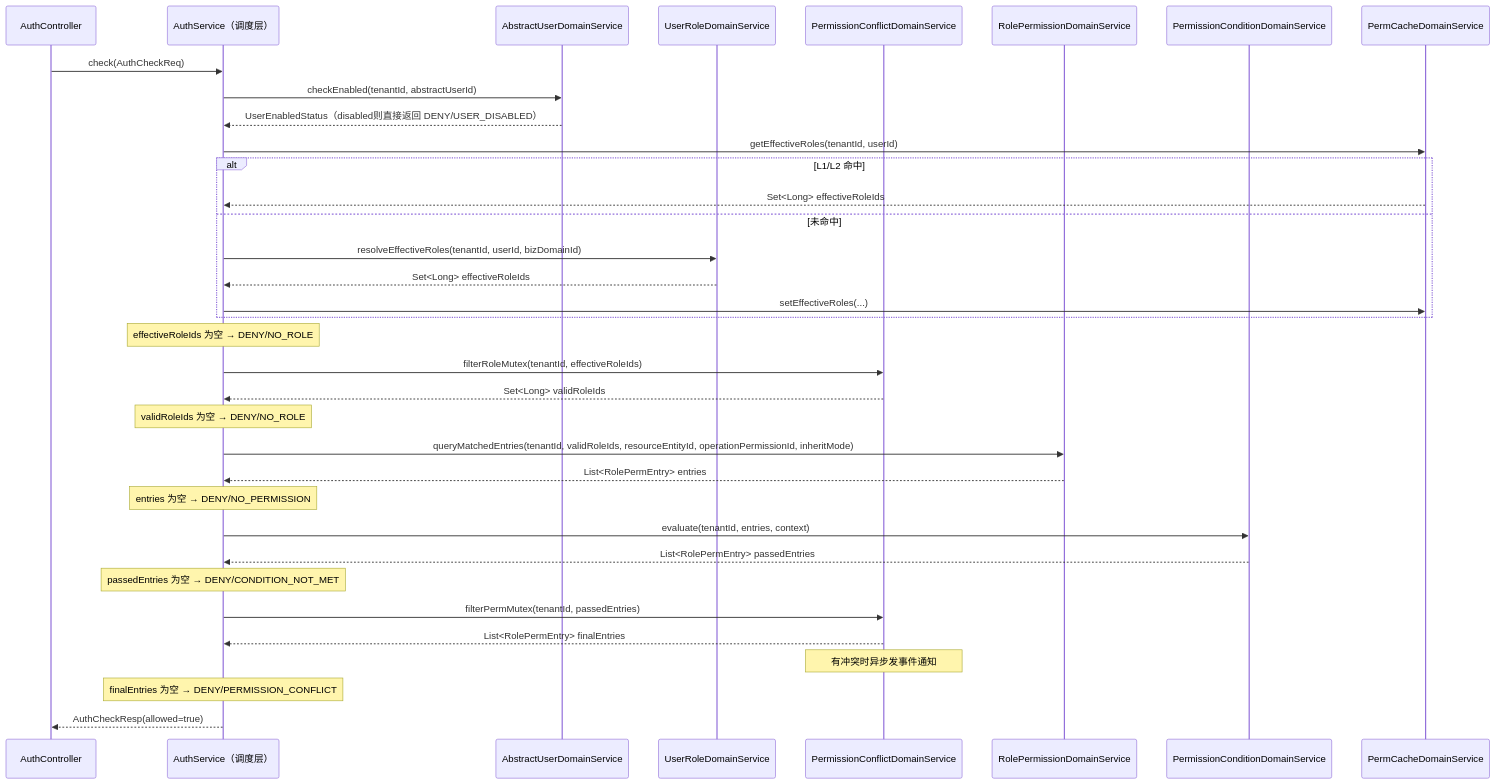
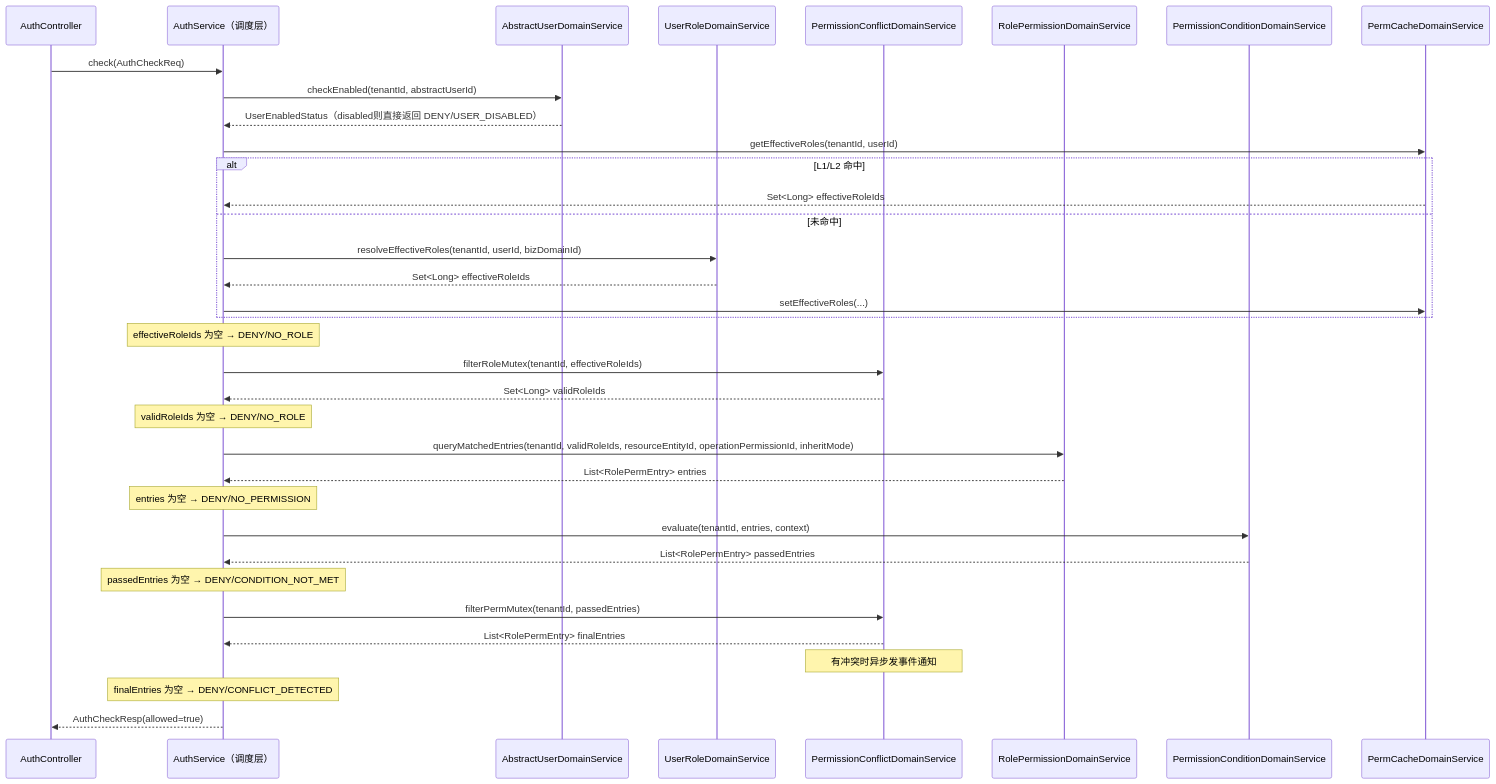
The first of 3 diagrams in plan/permission-center/implementation.md (fage-org/Access-Mesh), drawn with Mermaid before and after one commit. The commit also changed other lines of this file and 8 other files, not shown here.

````diff
--- a/plan/permission-center/implementation.md
+++ b/plan/permission-center/implementation.md
@@ -344,50 +358,50 @@
 ```mermaid
 sequenceDiagram
     participant C as AuthController
     participant AS as AuthService（调度层）
     participant AUD as AbstractUserDomainService
     participant URD as UserRoleDomainService
     participant PCD as PermissionConflictDomainService
     participant RPD as RolePermissionDomainService
     participant COND as PermissionConditionDomainService
     participant CACHE as PermCacheDomainService
 
     C->>AS: check(AuthCheckReq)
 
     AS->>AUD: checkEnabled(tenantId, abstractUserId)
     AUD-->>AS: UserEnabledStatus（disabled则直接返回 DENY/USER_DISABLED）
 
     AS->>CACHE: getEffectiveRoles(tenantId, userId)
     alt L1/L2 命中
         CACHE-->>AS: Set<Long> effectiveRoleIds
     else 未命中
         AS->>URD: resolveEffectiveRoles(tenantId, userId, bizDomainId)
         URD-->>AS: Set<Long> effectiveRoleIds
         AS->>CACHE: setEffectiveRoles(...)
     end
 
     Note over AS: effectiveRoleIds 为空 → DENY/NO_ROLE
 
     AS->>PCD: filterRoleMutex(tenantId, effectiveRoleIds)
     PCD-->>AS: Set<Long> validRoleIds
 
     Note over AS: validRoleIds 为空 → DENY/NO_ROLE
 
     AS->>RPD: queryMatchedEntries(tenantId, validRoleIds, resourceEntityId, operationPermissionId, inheritMode)
     RPD-->>AS: List<RolePermEntry> entries
 
     Note over AS: entries 为空 → DENY/NO_PERMISSION
 
     AS->>COND: evaluate(tenantId, entries, context)
     COND-->>AS: List<RolePermEntry> passedEntries
 
     Note over AS: passedEntries 为空 → DENY/CONDITION_NOT_MET
 
     AS->>PCD: filterPermMutex(tenantId, passedEntries)
     PCD-->>AS: List<RolePermEntry> finalEntries
     Note over PCD: 有冲突时异步发事件通知
 
-    Note over AS: finalEntries 为空 → DENY/PERMISSION_CONFLICT
+    Note over AS: finalEntries 为空 → DENY/CONFLICT_DETECTED
 
     AS-->>C: AuthCheckResp(allowed=true)
 ```
````
